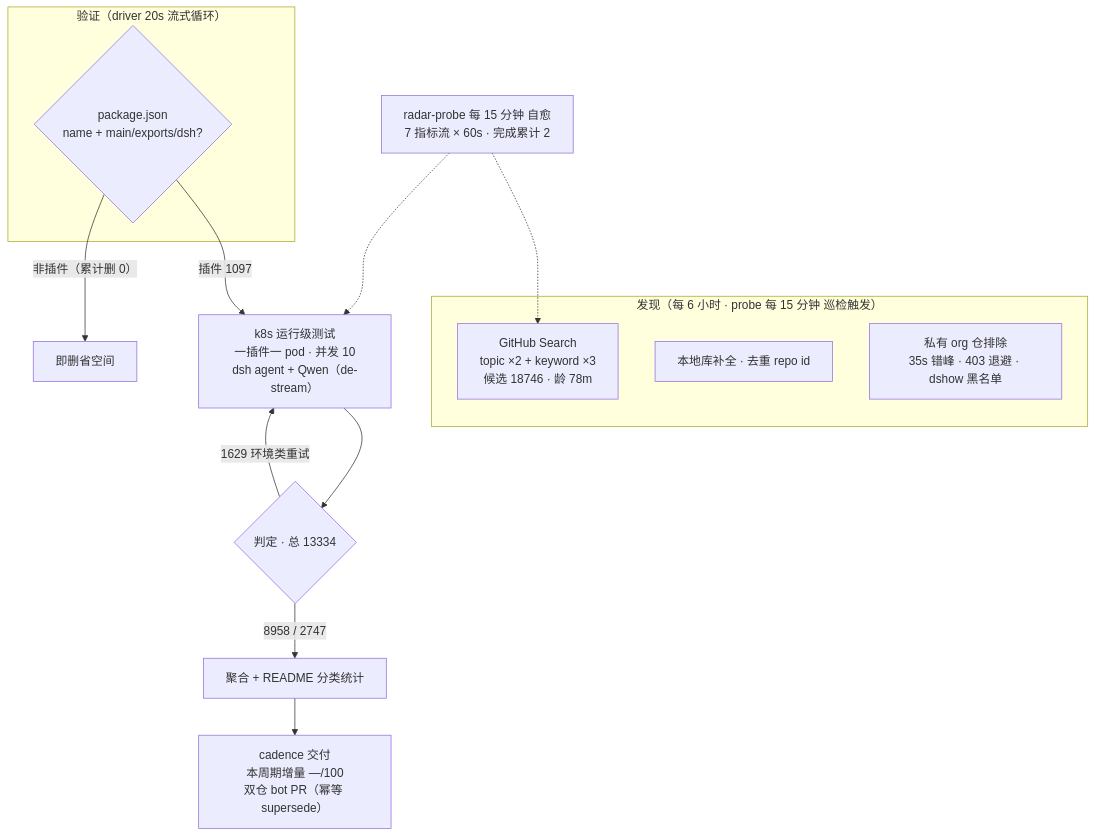
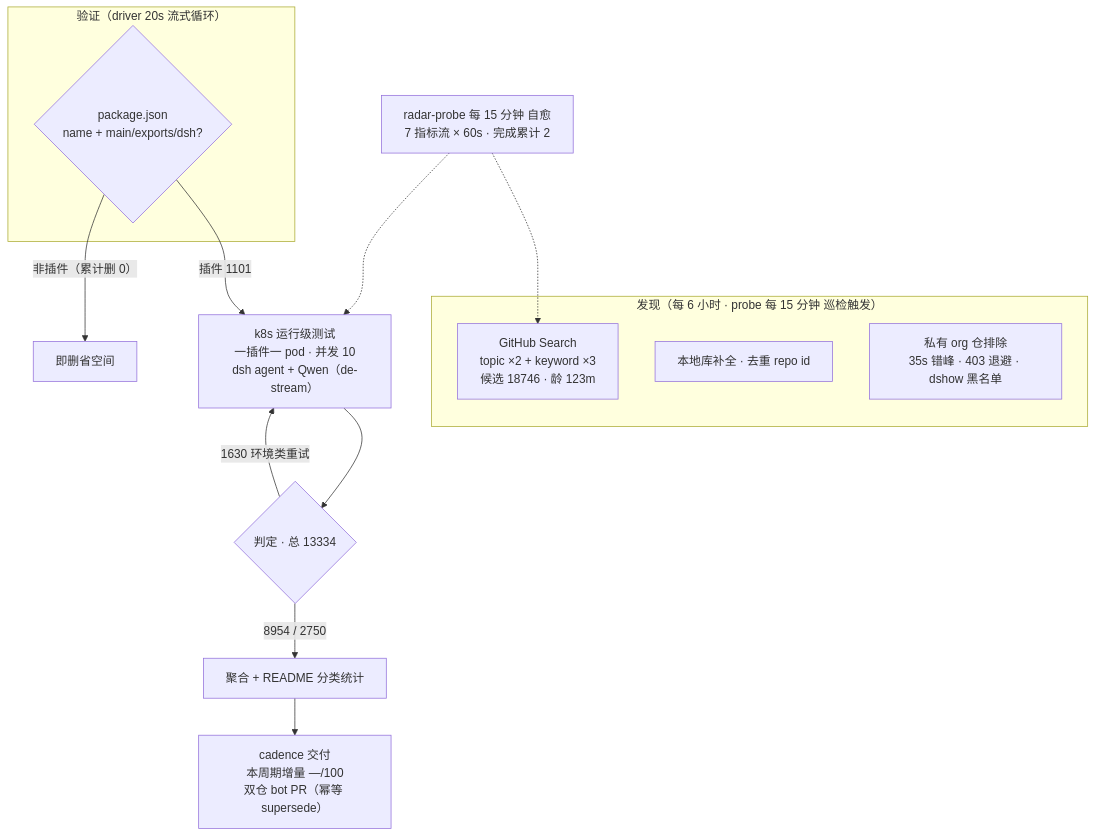
Before and after one commit to AdamPlatin123/dsh-plugin-radar: the diagram in README.md, drawn with Mermaid. The commit also changed other lines of this file and 9 other files, not shown here.

````diff
--- a/README.md
+++ b/README.md
@@ -52,20 +52,20 @@
 ```mermaid
 flowchart TB
     subgraph Discovery["发现（每 6 小时 · probe 每 15 分钟 巡检触发）"]
-        A1["GitHub Search<br/>topic ×2 + keyword ×3<br/>候选 18746 · 龄 78m"]
+        A1["GitHub Search<br/>topic ×2 + keyword ×3<br/>候选 18746 · 龄 123m"]
         A2["本地库补全 · 去重 repo id"]
         A3["私有 org 仓排除<br/>35s 错峰 · 403 退避 · dshow 黑名单"]
     end
     subgraph Validation["验证（driver 20s 流式循环）"]
         B1{"package.json<br/>name + main/exports/dsh?"}
     end
-    B1 -->|"插件 1097"| C1["k8s 运行级测试<br/>一插件一 pod · 并发 10<br/>dsh agent + Qwen（de-stream）"]
+    B1 -->|"插件 1101"| C1["k8s 运行级测试<br/>一插件一 pod · 并发 10<br/>dsh agent + Qwen（de-stream）"]
     B1 -->|"非插件（累计删 0）"| B3["即删省空间"]
     C1 --> D1{"判定 · 总 13334"}
-    D1 -->|"8958 / 2747"| E1["聚合 + README 分类统计"]
-    D1 -->|"1629 环境类重试"| C1
+    D1 -->|"8954 / 2750"| E1["聚合 + README 分类统计"]
+    D1 -->|"1630 环境类重试"| C1
     E1 --> E2["cadence 交付<br/>本周期增量 —/100<br/>双仓 bot PR（幂等 supersede）"]
     M["radar-probe 每 15 分钟 自愈<br/>7 指标流 × 60s · 完成累计 2"]
     M -.-> A1
     M -.-> C1
 ```
````
